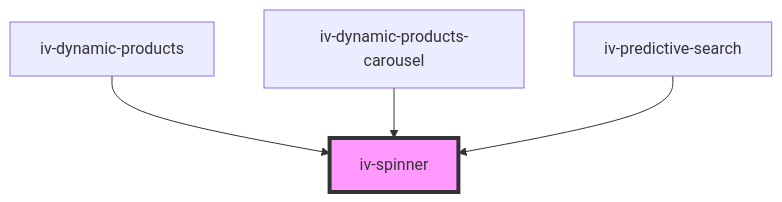
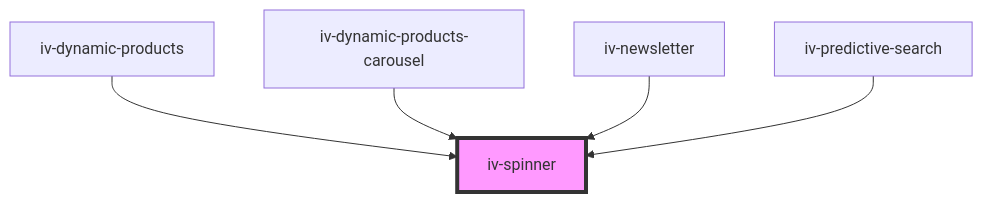
Before and after one commit to BeauRuebenFox22/The-Foxy-Library: the diagram in src/components/iv-spinner/readme.md, drawn with Mermaid. The commit also changed other lines of this file and 18 other files, not shown here.

````diff
--- a/src/components/iv-spinner/readme.md
+++ b/src/components/iv-spinner/readme.md
@@ -24,7 +25,8 @@
 ```mermaid
 graph TD;
   iv-dynamic-products --> iv-spinner
   iv-dynamic-products-carousel --> iv-spinner
+  iv-newsletter --> iv-spinner
   iv-predictive-search --> iv-spinner
   style iv-spinner fill:#f9f,stroke:#333,stroke-width:4px
 ```
````
